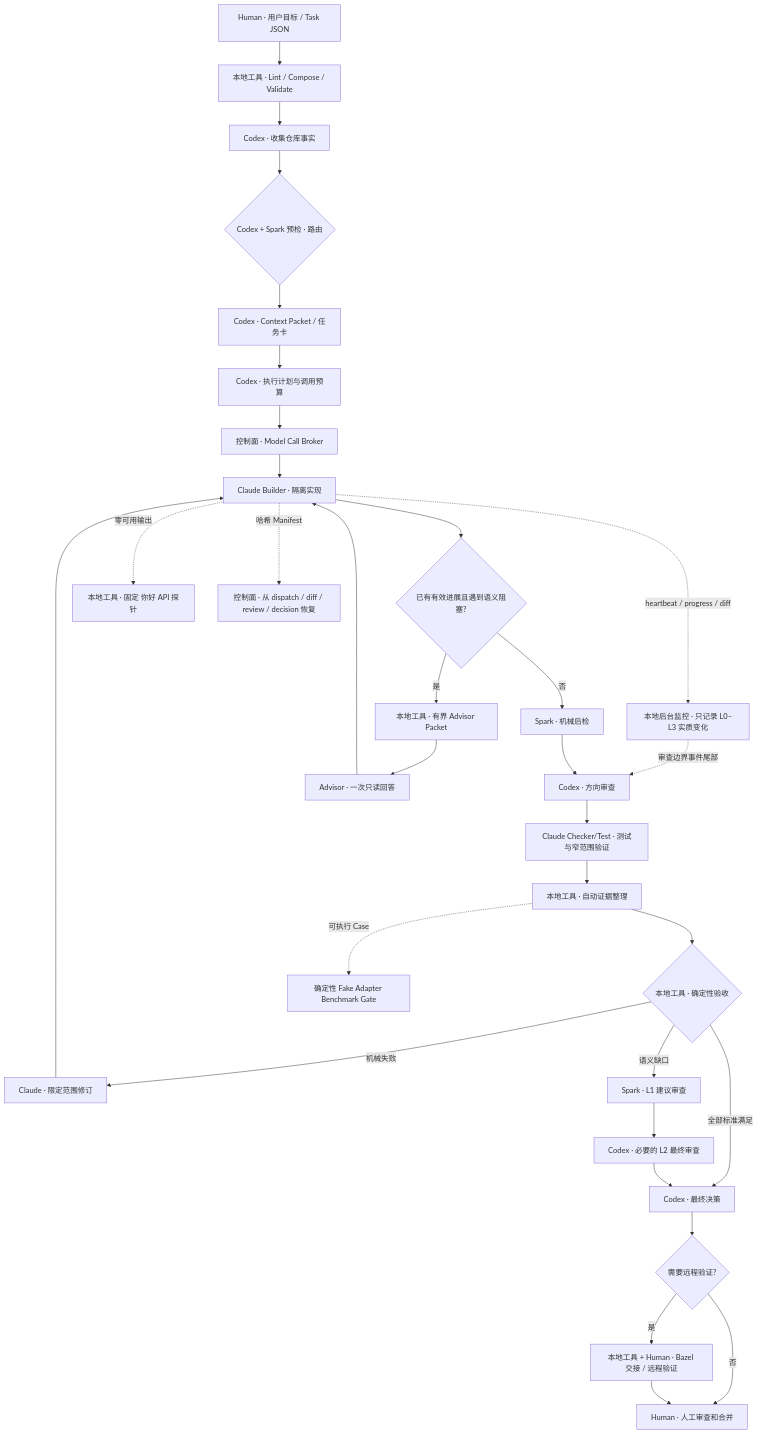
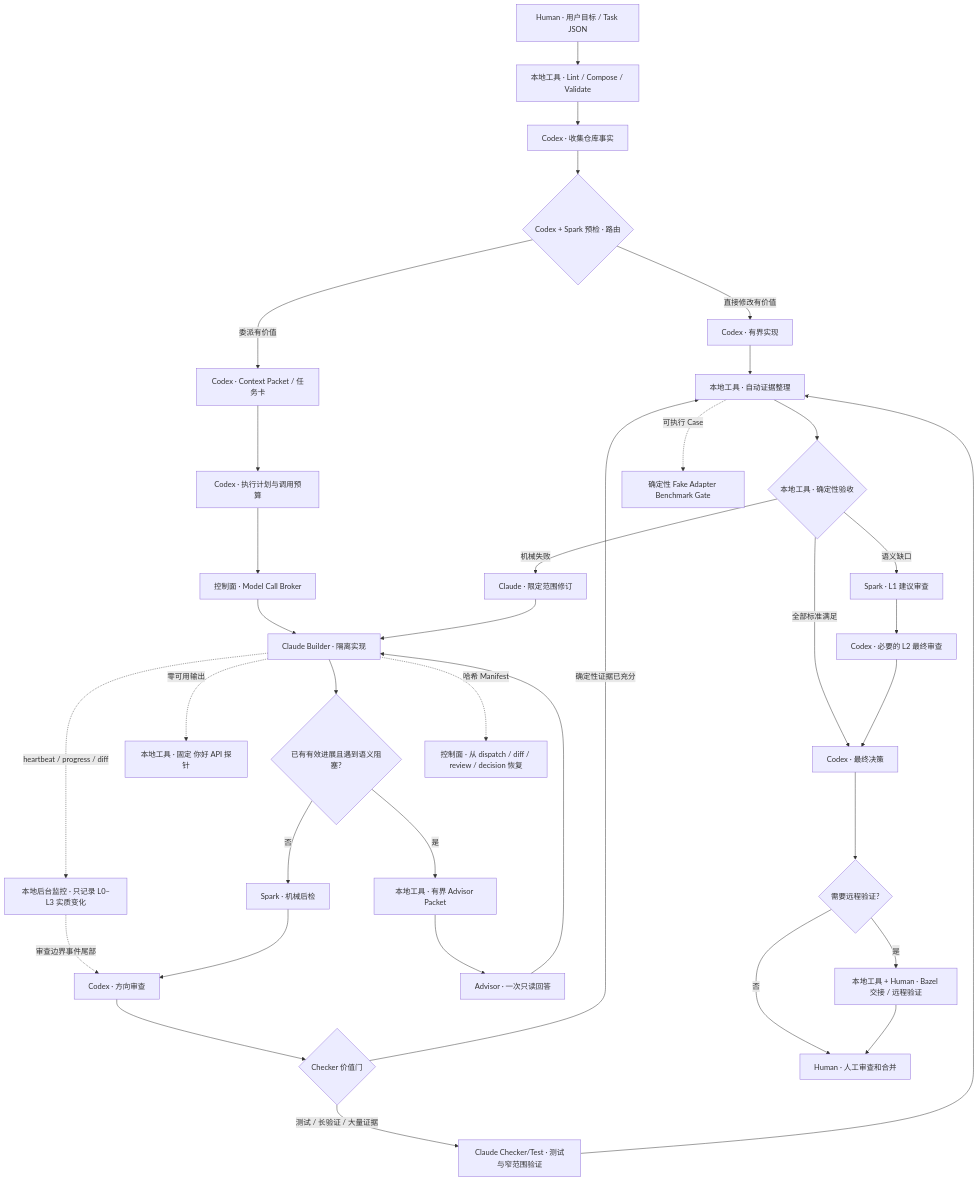
Before and after one commit to luozj1020/ai-coding-workflow: the diagram in README_CN.md, drawn with Mermaid. The commit also changed other lines of this file and 64 other files, not shown here.

````diff
--- a/README_CN.md
+++ b/README_CN.md
@@ -55,34 +55,38 @@
 ```mermaid
 flowchart TD
     U[Human · 用户目标 / Task JSON] --> L[本地工具 · Lint / Compose / Validate]
     L --> F[Codex · 收集仓库事实]
     F --> R{Codex + Spark 预检 · 路由}
-    R --> C[Codex · Context Packet / 任务卡]
+    R -- 直接修改有价值 --> CD[Codex · 有界实现]
+    CD --> E
+    R -- 委派有价值 --> C[Codex · Context Packet / 任务卡]
     C --> P[Codex · 执行计划与调用预算]
     P --> B[控制面 · Model Call Broker]
     B --> D[Claude Builder · 隔离实现]
     D -. heartbeat / progress / diff .-> MON[本地后台监控 · 只记录 L0–L3 实质变化]
     MON -. 审查边界事件尾部 .-> CR
     D --> Q{已有有效进展且遇到语义阻塞?}
     Q -- 否 --> SP[Spark · 机械后检]
     Q -- 是 --> AP[本地工具 · 有界 Advisor Packet]
     AP --> AV[Advisor · 一次只读回答]
     AV --> D
     D -. 零可用输出 .-> HP[本地工具 · 固定 你好 API 探针]
     SP --> CR[Codex · 方向审查]
-    CR --> CT[Claude Checker/Test · 测试与窄范围验证]
+    CR --> CV{Checker 价值门}
+    CV -- 确定性证据已充分 --> E
+    CV -- 测试 / 长验证 / 大量证据 --> CT[Claude Checker/Test · 测试与窄范围验证]
     CT --> E[本地工具 · 自动证据整理]
     E --> A{本地工具 · 确定性验收}
     A -- 机械失败 --> LR[Claude · 限定范围修订]
     A -- 语义缺口 --> S[Spark · L1 建议审查]
     S --> X[Codex · 必要的 L2 最终审查]
     A -- 全部标准满足 --> FD[Codex · 最终决策]
     X --> FD
     LR --> D
     FD --> H{需要远程验证?}
     H -- 是 --> RH[本地工具 + Human · Bazel 交接 / 远程验证]
     H -- 否 --> M[Human · 人工审查和合并]
     RH --> M
     D -. 哈希 Manifest .-> RS[控制面 · 从 dispatch / diff / review / decision 恢复]
     E -. 可执行 Case .-> BM[确定性 Fake Adapter Benchmark Gate]
 ```
````
